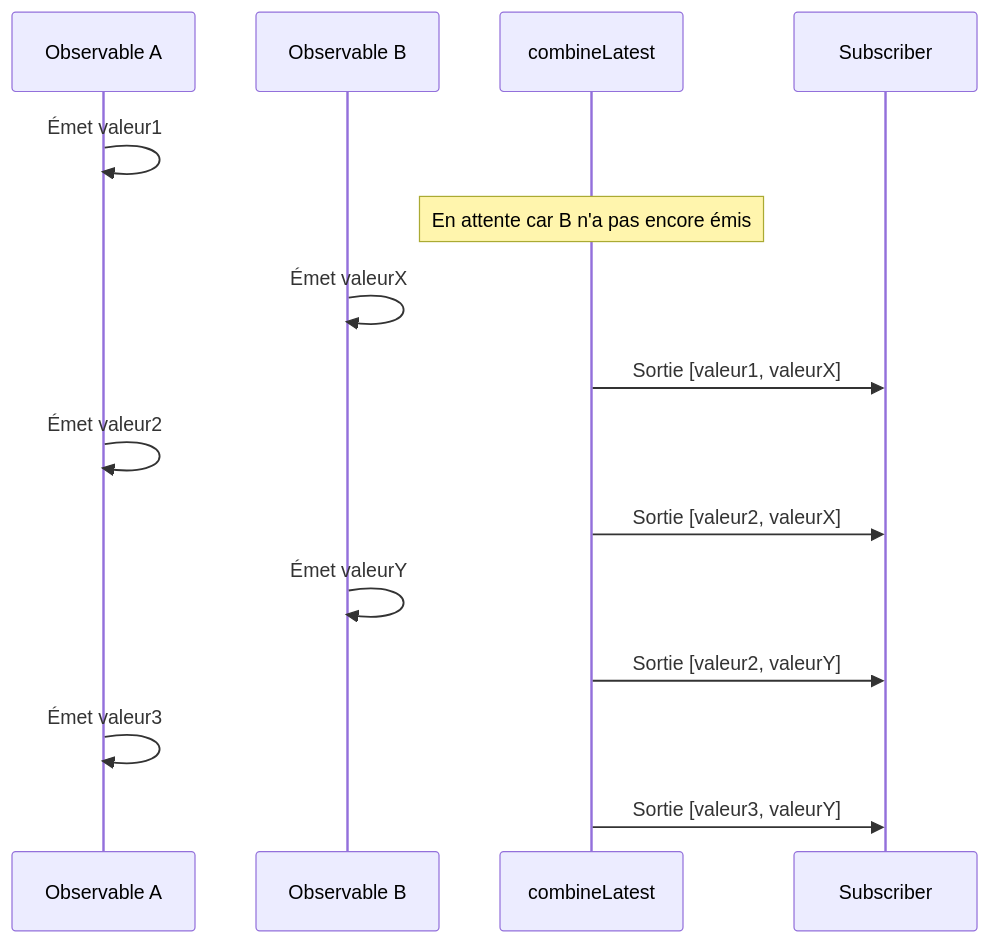
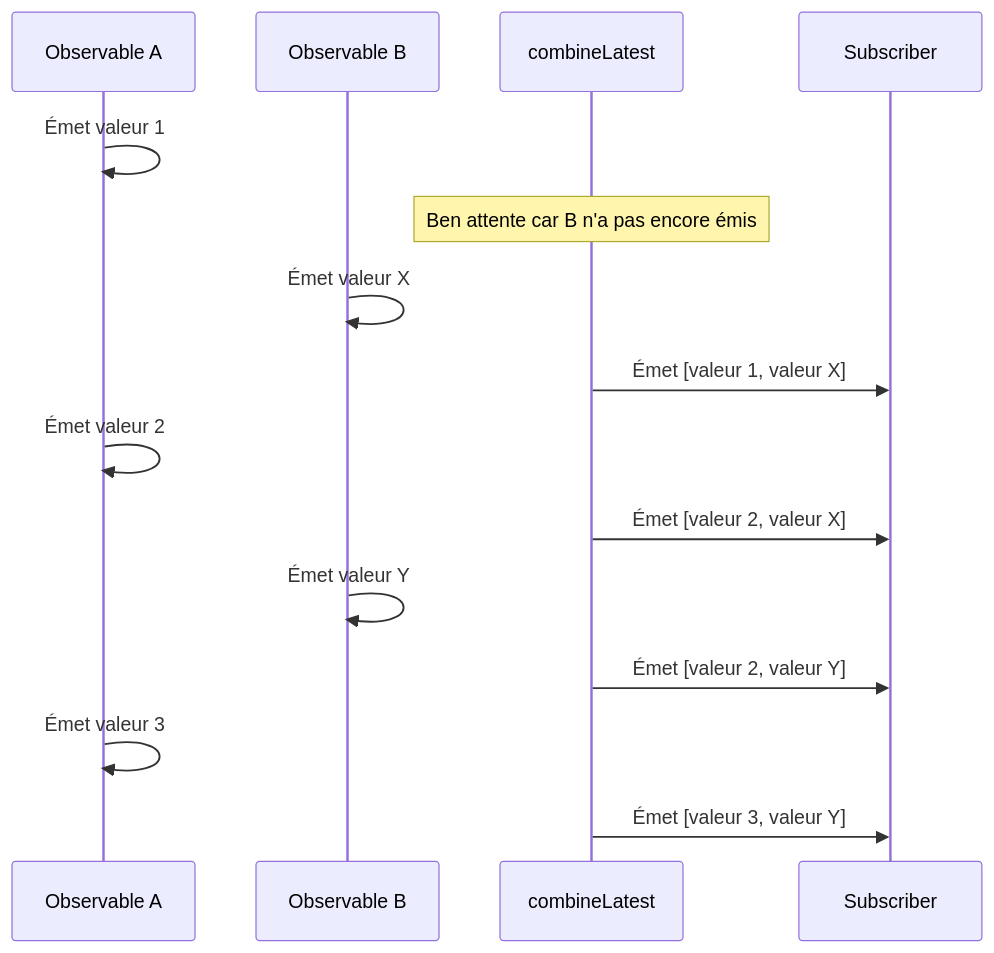
Before and after one commit to shuji-bonji/RxJS-with-TypeScript: the second of 4 diagrams in docs/fr/guide/creation-functions/combination/forkJoin-vs-combineLatest.md, drawn with Mermaid. The commit also changed other lines of this file and 6 other files, not shown here.

````diff
--- a/docs/fr/guide/creation-functions/combination/forkJoin-vs-combineLatest.md
+++ b/docs/fr/guide/creation-functions/combination/forkJoin-vs-combineLatest.md
@@ -54,18 +56,18 @@
 ```mermaid
 sequenceDiagram
     participant A as Observable A
     participant B as Observable B
     participant C as combineLatest
     participant S as Subscriber
 
-    A->>A: Émet valeur1
-    Note over C: En attente car B n'a pas encore émis
-    B->>B: Émet valeurX
-    C->>S: Sortie [valeur1, valeurX]
-    A->>A: Émet valeur2
-    C->>S: Sortie [valeur2, valeurX]
-    B->>B: Émet valeurY
-    C->>S: Sortie [valeur2, valeurY]
-    A->>A: Émet valeur3
-    C->>S: Sortie [valeur3, valeurY]
+    A->>A: Émet valeur 1
+    Note over C: Ben attente car B n'a pas encore émis
+    B->>B: Émet valeur X
+    C->>S: Émet [valeur 1, valeur X]
+    A->>A: Émet valeur 2
+    C->>S: Émet [valeur 2, valeur X]
+    B->>B: Émet valeur Y
+    C->>S: Émet [valeur 2, valeur Y]
+    A->>A: Émet valeur 3
+    C->>S: Émet [valeur 3, valeur Y]
 ```
````
